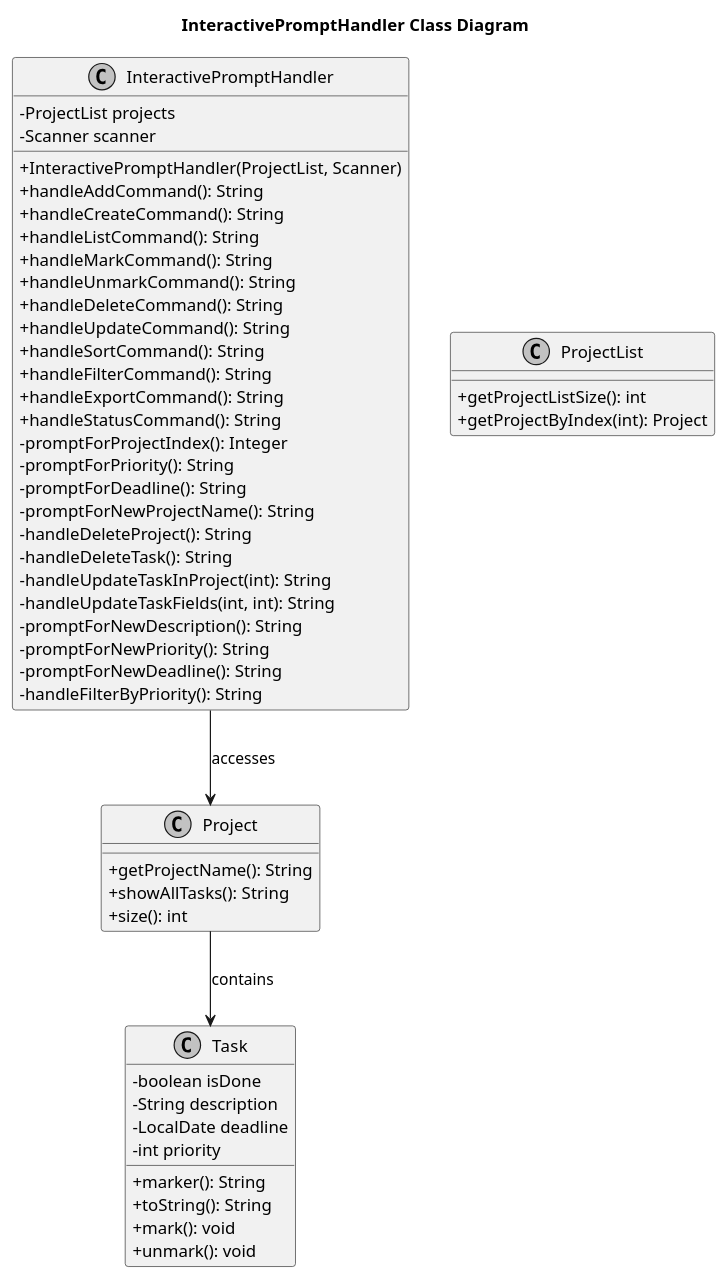
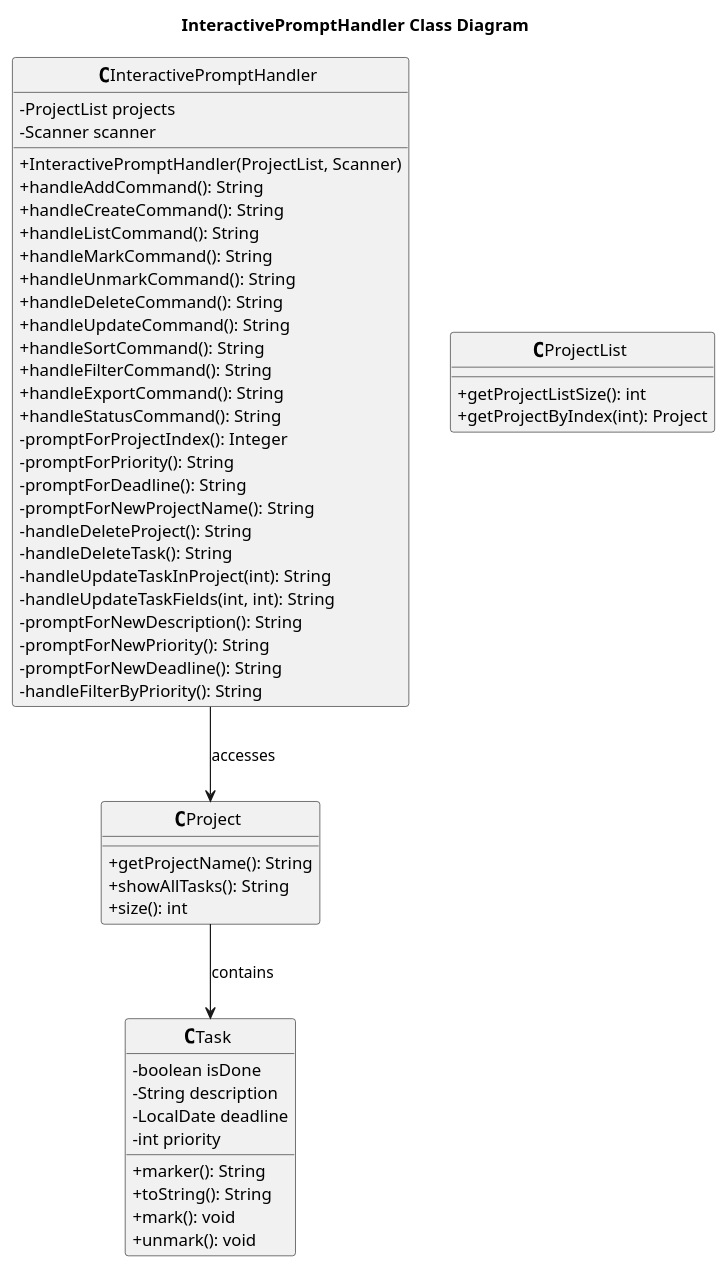
One commit to sean6369/tp changed the diagram in docs/plantUML/interactive-prompt-handler/interactiveprompthandler-class-diagram.puml. Above: the diagram before and after it, drawn with PlantUML. The commit also changed 1 other file, not shown here.

Commit message:
Hide visibility circles in InteractivePromptHandler class diagram
- Added skinparam circledCharacterRadius 0 to prevent visibility symbols from appearing as circles
- Regenerated PNG to display clean + and - symbols without circles
- Ensures consistent UML notation across diagrams

```diff
--- a/docs/plantUML/interactive-prompt-handler/interactiveprompthandler-class-diagram.puml
+++ b/docs/plantUML/interactive-prompt-handler/interactiveprompthandler-class-diagram.puml
@@ -1,61 +1,62 @@
 @startuml InteractivePromptHandler Class Diagram
 title InteractivePromptHandler Class Diagram
 
 skinparam classAttributeIconSize 0
 skinparam shadowing false
 skinparam monochrome true
+skinparam circledCharacterRadius 0
 
 class InteractivePromptHandler {
     -ProjectList projects
     -Scanner scanner
     +InteractivePromptHandler(ProjectList, Scanner)
     +handleAddCommand(): String
     +handleCreateCommand(): String
     +handleListCommand(): String
     +handleMarkCommand(): String
     +handleUnmarkCommand(): String
     +handleDeleteCommand(): String
     +handleUpdateCommand(): String
     +handleSortCommand(): String
     +handleFilterCommand(): String
     +handleExportCommand(): String
     +handleStatusCommand(): String
     -promptForProjectIndex(): Integer
     -promptForPriority(): String
     -promptForDeadline(): String
     -promptForNewProjectName(): String
     -handleDeleteProject(): String
     -handleDeleteTask(): String
     -handleUpdateTaskInProject(int): String
     -handleUpdateTaskFields(int, int): String
     -promptForNewDescription(): String
     -promptForNewPriority(): String
     -promptForNewDeadline(): String
     -handleFilterByPriority(): String
 }
 
 class ProjectList {
     +getProjectListSize(): int
     +getProjectByIndex(int): Project
 }
 
 class Project {
     +getProjectName(): String
     +showAllTasks(): String
     +size(): int
 }
 
 class Task {
     -boolean isDone
     -String description
     -LocalDate deadline
     -int priority
     +marker(): String
     +toString(): String
     +mark(): void
     +unmark(): void
 }
 
 InteractivePromptHandler --> Project : accesses
 Project --> Task : contains
 @enduml
```
